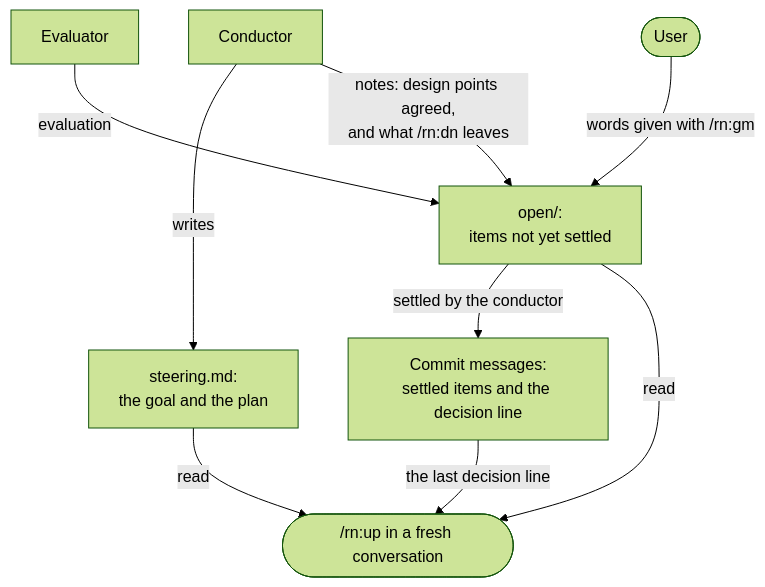
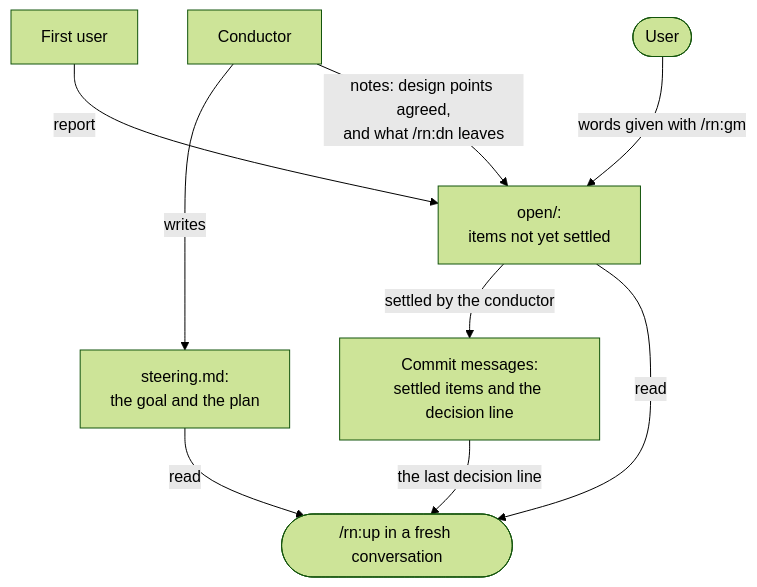
One commit to lovaizu/ccpm changed the fourth of 4 diagrams in rn/docs/design.md. Above: the diagram before and after it, drawn with Mermaid (forest theme). The commit also changed other lines of this file and 2 other files, not shown here.

First line of the commit message:
docs(rn): state the Kano split, criterion IDs, the first user, hooks, and verification as their own document

````diff
--- a/rn/docs/design.md
+++ b/rn/docs/design.md
@@ -270,18 +446,18 @@
 ```mermaid
 flowchart TD
     U(["User"])
     C["Conductor"]
-    E["Evaluator"]
+    F["First user"]
     S["steering.md:<br/>the goal and the plan"]
     O["open/:<br/>items not yet settled"]
     M["Commit messages:<br/>settled items and the decision line"]
     UP(["/rn:up in a fresh conversation"])
     C -->|"writes"| S
-    E -->|"evaluation"| O
+    F -->|"report"| O
     U -->|"words given with /rn:gm"| O
     C -->|"notes: design points agreed,<br/>and what /rn:dn leaves"| O
     O -->|"settled by the conductor"| M
     S -->|"read"| UP
     O -->|"read"| UP
     M -->|"the last decision line"| UP
 ```
````
